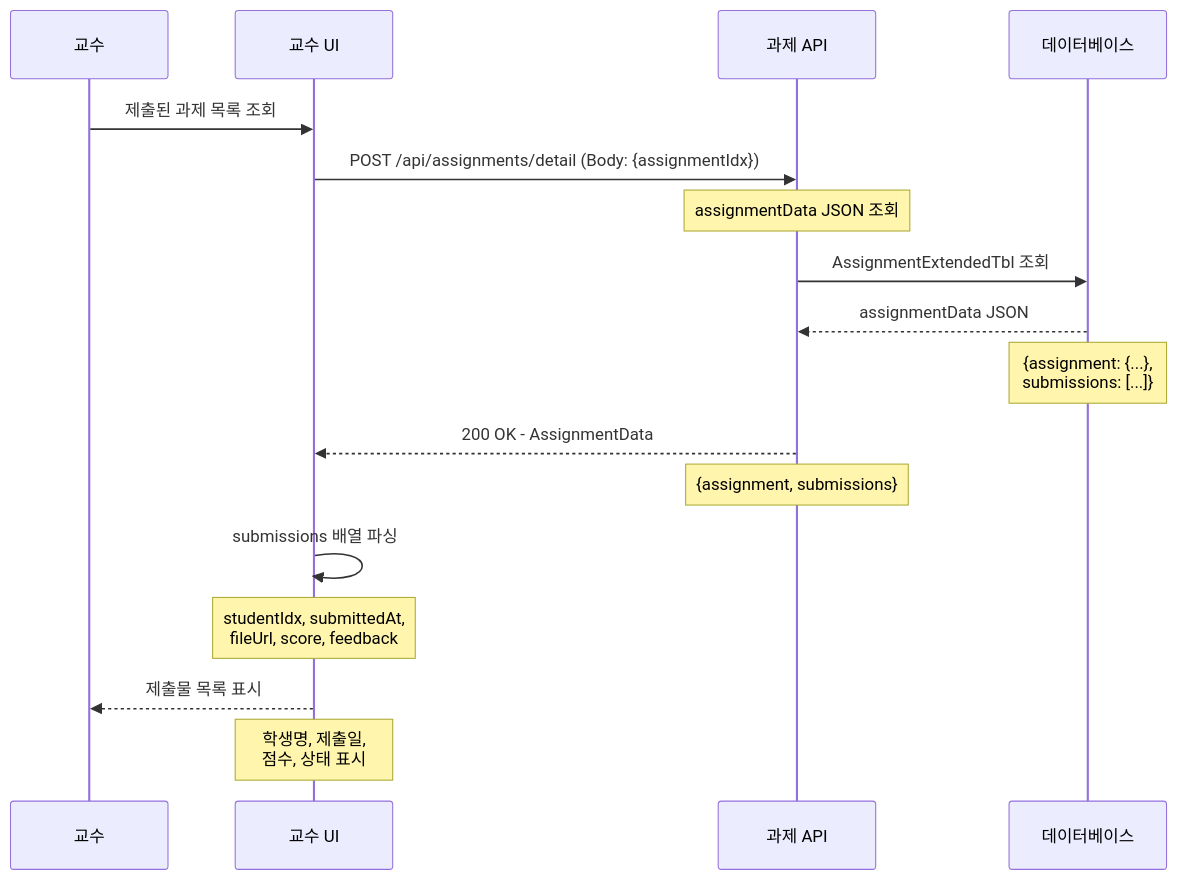
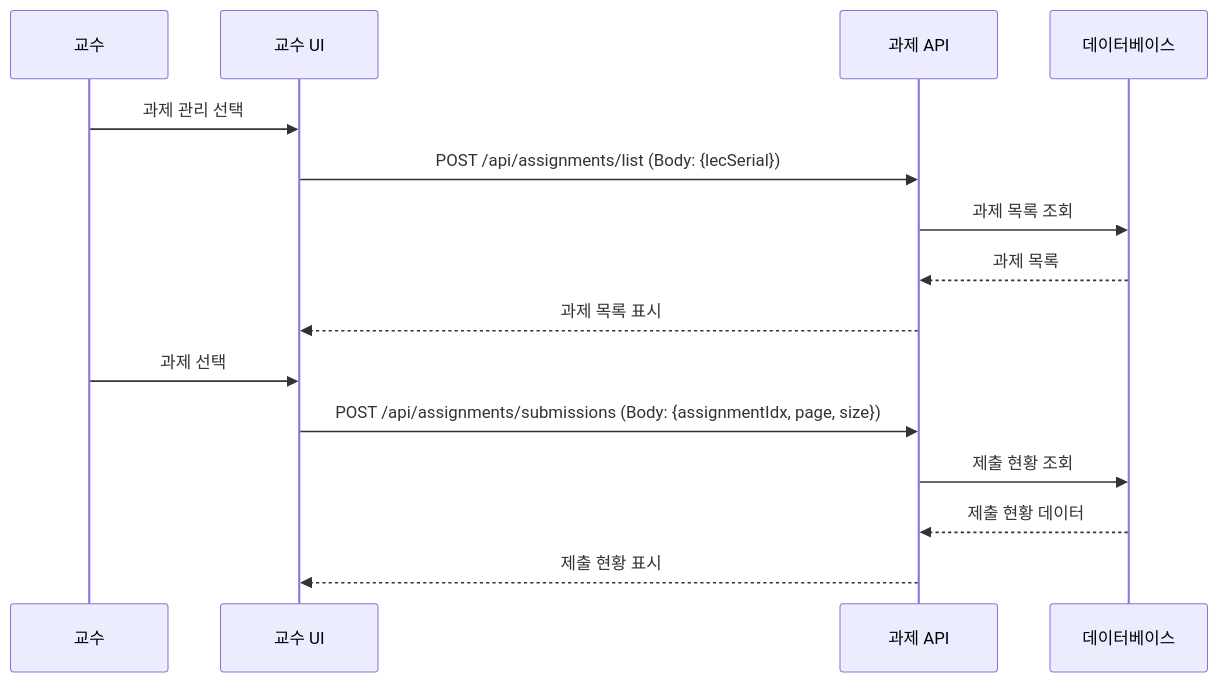
The sixth of 9 diagrams in backend/BlueCrab/docs/강의관련기능/05-교수플로우.md (hooting76/blue-crab-lms), drawn with Mermaid before and after one commit. The commit also changed other lines of this file and 19 other files, not shown here.

````diff
--- a/backend/BlueCrab/docs/강의관련기능/05-교수플로우.md
+++ b/backend/BlueCrab/docs/강의관련기능/05-교수플로우.md
@@ -1024,24 +254,19 @@
 ```mermaid
 sequenceDiagram
     participant Professor as 교수
     participant UI as 교수 UI
     participant API as 과제 API
     participant DB as 데이터베이스
 
-    Professor->>UI: 제출된 과제 목록 조회
-    UI->>API: POST /api/assignments/detail (Body: {assignmentIdx})
-    Note over API: assignmentData JSON 조회
+    Professor->>UI: 과제 관리 선택
+    UI->>API: POST /api/assignments/list (Body: {lecSerial})
+    API->>DB: 과제 목록 조회
+    DB-->>API: 과제 목록
+    API-->>UI: 과제 목록 표시
 
-    API->>DB: AssignmentExtendedTbl 조회
-    DB-->>API: assignmentData JSON
-    Note over DB: {assignment: {...},<br/>submissions: [...]}
-
-    API-->>UI: 200 OK - AssignmentData
-    Note over API: {assignment, submissions}
-
-    UI->>UI: submissions 배열 파싱
-    Note over UI: studentIdx, submittedAt,<br/>fileUrl, score, feedback
-
-    UI-->>Professor: 제출물 목록 표시
-    Note over UI: 학생명, 제출일,<br/>점수, 상태 표시
+    Professor->>UI: 과제 선택
+    UI->>API: POST /api/assignments/submissions (Body: {assignmentIdx, page, size})
+    API->>DB: 제출 현황 조회
+    DB-->>API: 제출 현황 데이터
+    API-->>UI: 제출 현황 표시
 ```
````
